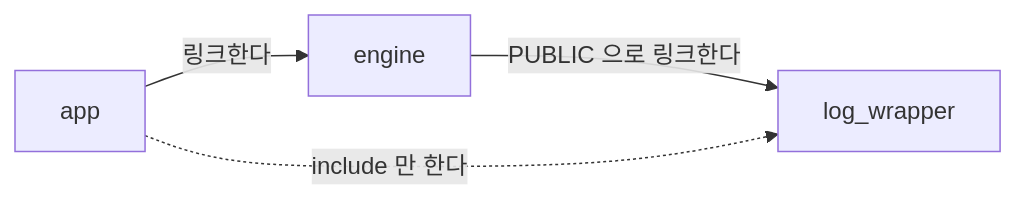
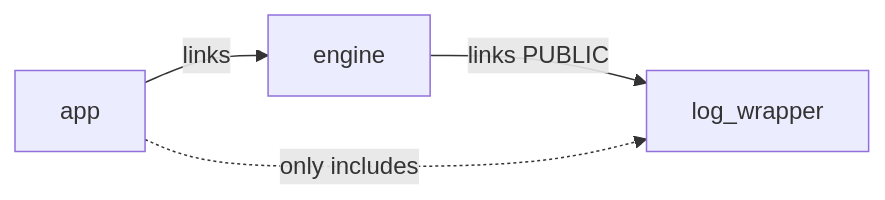
The second of 4 diagrams in README.md (Ruminem/cmake-link-explorer), drawn with Mermaid before and after one commit. The commit also changed other lines of this file and 2 other files, not shown here.

````diff
--- a/README.md
+++ b/README.md
@@ -150,6 +153,6 @@
 ```mermaid
 flowchart LR
-    app["app"] -->|"링크한다"| engine["engine"]
-    engine -->|"PUBLIC 으로 링크한다"| log["log_wrapper"]
-    app -.->|"include 만 한다"| log
+    app["app"] -->|"links"| engine["engine"]
+    engine -->|"links PUBLIC"| log["log_wrapper"]
+    app -.->|"only includes"| log
 ```
````
